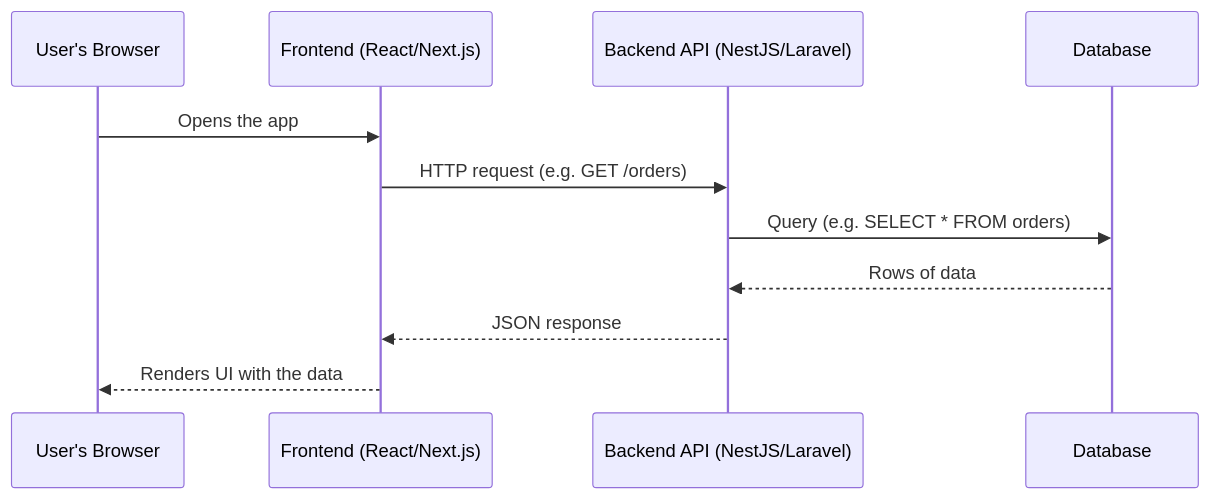
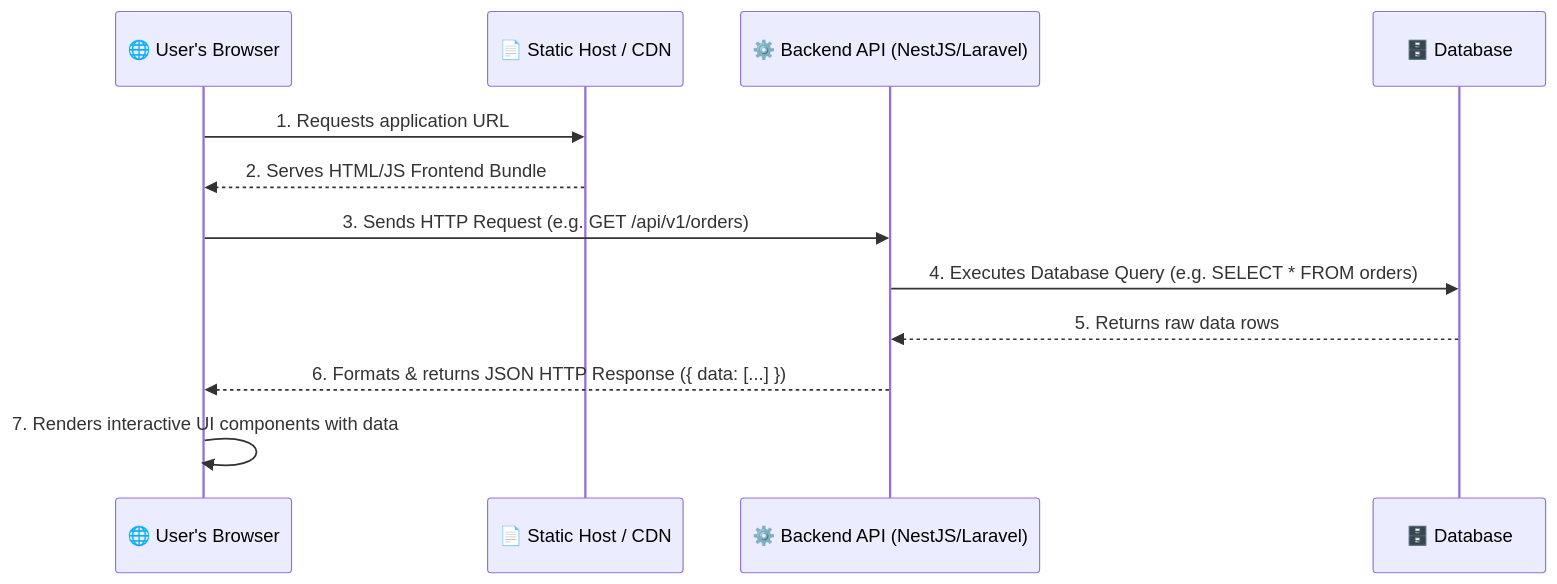
One commit to jmd264-yogesh/fullstack-playbook changed the second of 3 diagrams in docs/basics/full-stack-architecture.md. Above: the diagram before and after it, drawn with Mermaid. The commit also changed other lines of this file and 89 other files, not shown here.

````diff
--- a/docs/basics/full-stack-architecture.md
+++ b/docs/basics/full-stack-architecture.md
@@ -13,14 +83,15 @@
 ```mermaid
 sequenceDiagram
-    participant U as User's Browser
-    participant F as Frontend (React/Next.js)
-    participant B as Backend API (NestJS/Laravel)
-    participant D as Database
+    participant U as 🌐 User's Browser
+    participant S as 📄 Static Host / CDN
+    participant B as ⚙️ Backend API (NestJS/Laravel)
+    participant D as 🗄️ Database
 
-    U->>F: Opens the app
-    F->>B: HTTP request (e.g. GET /orders)
-    B->>D: Query (e.g. SELECT * FROM orders)
-    D-->>B: Rows of data
-    B-->>F: JSON response
-    F-->>U: Renders UI with the data
+    U->>S: 1. Requests application URL
+    S-->>U: 2. Serves HTML/JS Frontend Bundle
+    U->>B: 3. Sends HTTP Request (e.g. GET /api/v1/orders)
+    B->>D: 4. Executes Database Query (e.g. SELECT * FROM orders)
+    D-->>B: 5. Returns raw data rows
+    B-->>U: 6. Formats & returns JSON HTTP Response ({ data: [...] })
+    U->>U: 7. Renders interactive UI components with data
 ```
````
